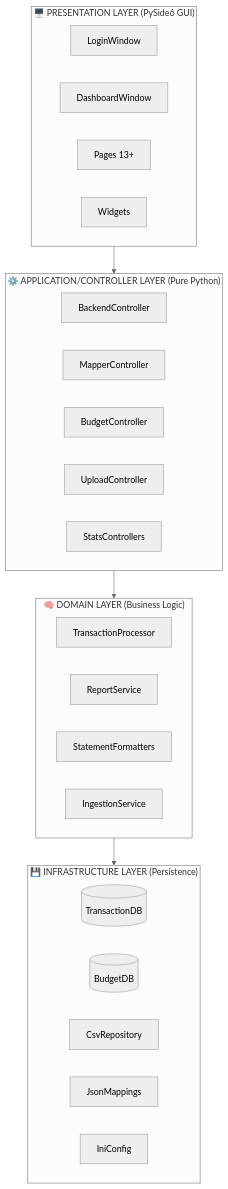
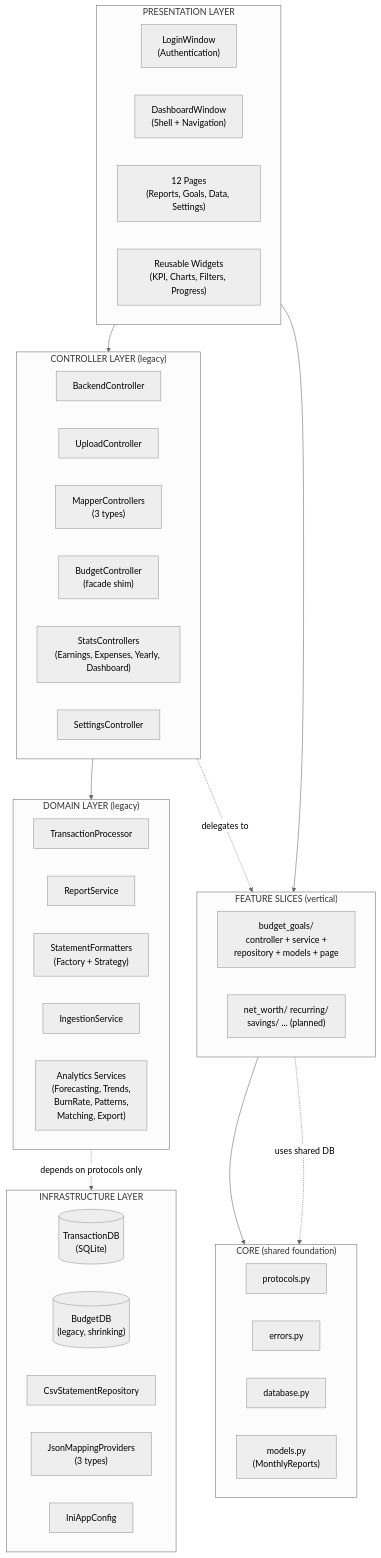
The first of 13 diagrams in docs/HLD.md (Harvest-Forged-Code/Analyser), drawn with Mermaid (neutral theme) before and after one commit. The commit also changed other lines of this file and 129 other files, not shown here.

````diff
--- a/docs/HLD.md
+++ b/docs/HLD.md
@@ -30,40 +33,60 @@
 ```mermaid
 flowchart TB
-    subgraph Presentation["🖥️ PRESENTATION LAYER (PySide6 GUI)"]
+    subgraph Presentation["PRESENTATION LAYER"]
         direction LR
-        Login[LoginWindow]
-        Dashboard[DashboardWindow]
-        Pages[Pages 13+]
-        Widgets[Widgets]
+        Login["LoginWindow<br/>(Authentication)"]
+        Dashboard["DashboardWindow<br/>(Shell + Navigation)"]
+        Pages["12 Pages<br/>(Reports, Goals, Data, Settings)"]
+        Widgets["Reusable Widgets<br/>(KPI, Charts, Filters, Progress)"]
     end
 
-    subgraph Controller["⚙️ APPLICATION/CONTROLLER LAYER (Pure Python)"]
+    subgraph Features["FEATURE SLICES (vertical)"]
         direction LR
-        Backend[BackendController]
-        Mapper[MapperController]
-        Budget[BudgetController]
-        Upload[UploadController]
-        Stats[StatsControllers]
+        BG["budget_goals/<br/>controller + service +<br/>repository + models + page"]
+        Future["net_worth/ recurring/<br/>savings/ ... (planned)"]
     end
 
-    subgraph Domain["🧠 DOMAIN LAYER (Business Logic)"]
+    subgraph Core["CORE (shared foundation)"]
         direction LR
-        Processor[TransactionProcessor]
-        Reporter[ReportService]
-        Formatters[StatementFormatters]
-        Ingestion[IngestionService]
+        CoreProto["protocols.py"]
+        CoreErr["errors.py"]
+        CoreDB["database.py"]
+        CoreModels["models.py<br/>(MonthlyReports)"]
     end
 
-    subgraph Infrastructure["💾 INFRASTRUCTURE LAYER (Persistence)"]
+    subgraph Controller["CONTROLLER LAYER (legacy)"]
         direction LR
-        TxDB[(TransactionDB)]
-        BudgetDB[(BudgetDB)]
-        CSV[CsvRepository]
-        JSON[JsonMappings]
-        INI[IniConfig]
+        Backend["BackendController"]
+        Upload["UploadController"]
+        Mapper["MapperControllers<br/>(3 types)"]
+        BudgetCtrl["BudgetController<br/>(facade shim)"]
+        Stats["StatsControllers<br/>(Earnings, Expenses, Yearly, Dashboard)"]
+        SettingsCtrl["SettingsController"]
     end
 
+    subgraph Domain["DOMAIN LAYER (legacy)"]
+        direction LR
+        Processor["TransactionProcessor"]
+        Reporter["ReportService"]
+        Formatters["StatementFormatters<br/>(Factory + Strategy)"]
+        Ingestion["IngestionService"]
+        Analytics["Analytics Services<br/>(Forecasting, Trends,<br/>BurnRate, Patterns,<br/>Matching, Export)"]
+    end
+
+    subgraph Infrastructure["INFRASTRUCTURE LAYER"]
+        direction LR
+        TxDB[("TransactionDB<br/>(SQLite)")]
+        BudgetDB[("BudgetDB<br/>(legacy, shrinking)")]
+        CSV["CsvStatementRepository"]
+        JSON["JsonMappingProviders<br/>(3 types)"]
+        INI["IniAppConfig"]
+    end
+
+    Presentation --> Features
     Presentation --> Controller
+    Features --> Core
     Controller --> Domain
-    Domain --> Infrastructure
+    Domain -.->|depends on protocols only| Infrastructure
+    Features -.->|uses shared DB| Core
+    BudgetCtrl -.->|delegates to| BG
 ```
````
